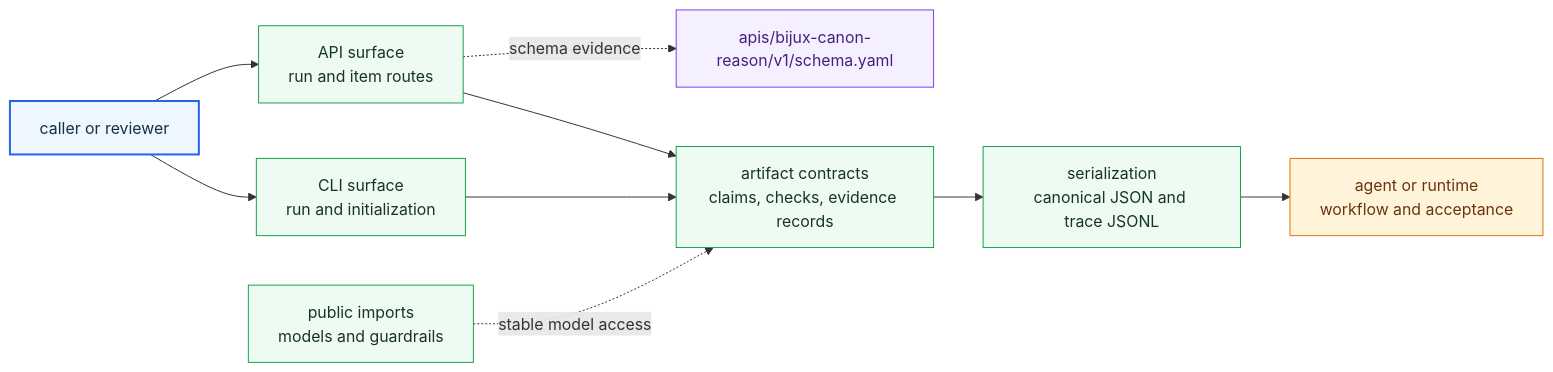
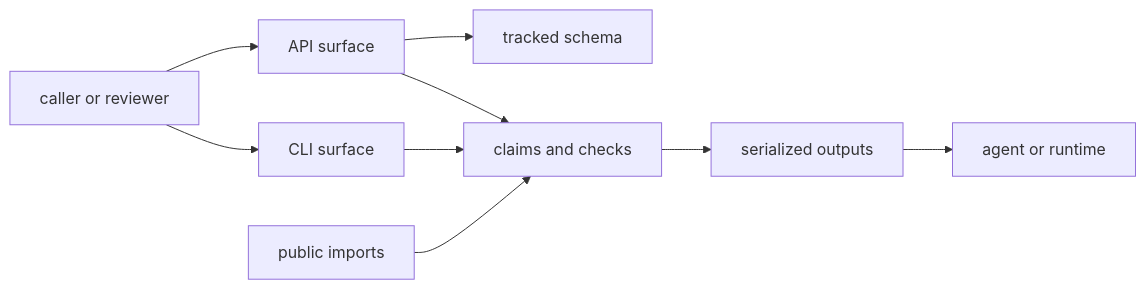
One commit to bijux/bijux-canon changed the diagram in docs/04-bijux-canon-reason/interfaces/index.md. Above: the diagram before and after it, drawn with Mermaid. The commit also changed other lines of this file, not shown here.

Commit message:
docs(reason): simplify reasoning contract map

````diff
--- a/docs/04-bijux-canon-reason/interfaces/index.md
+++ b/docs/04-bijux-canon-reason/interfaces/index.md
@@ -21,25 +21,17 @@
 ```mermaid
 flowchart LR
     caller["caller or reviewer"]
-    cli["CLI surface<br/>run and initialization"]
-    api["API surface<br/>run and item routes"]
-    serialization["serialization<br/>canonical JSON and trace JSONL"]
-    artifacts["artifact contracts<br/>claims, checks, evidence records"]
-    imports["public imports<br/>models and guardrails"]
-    downstream["agent or runtime<br/>workflow and acceptance"]
+    cli["CLI surface"]
+    api["API surface"]
+    artifacts["claims and checks"]
+    serialization["serialized outputs"]
+    imports["public imports"]
+    schema["tracked schema"]
+    downstream["agent or runtime"]
 
     caller --> cli --> artifacts
     caller --> api --> artifacts
     artifacts --> serialization --> downstream
-    imports -. stable model access .-> artifacts
-    api -. schema evidence .-> schema["apis/bijux-canon-reason/v1/schema.yaml"]
-
-    classDef page fill:#eef6ff,stroke:#2563eb,color:#153145,stroke-width:2px;
-    classDef positive fill:#eefbf3,stroke:#16a34a,color:#173622;
-    classDef anchor fill:#f4f0ff,stroke:#7c3aed,color:#47207f;
-    classDef action fill:#fff4da,stroke:#d97706,color:#6b3410;
-    class caller page;
-    class cli,api,serialization,artifacts,imports positive;
-    class schema anchor;
-    class downstream action;
+    imports --> artifacts
+    api --> schema
 ```
````
